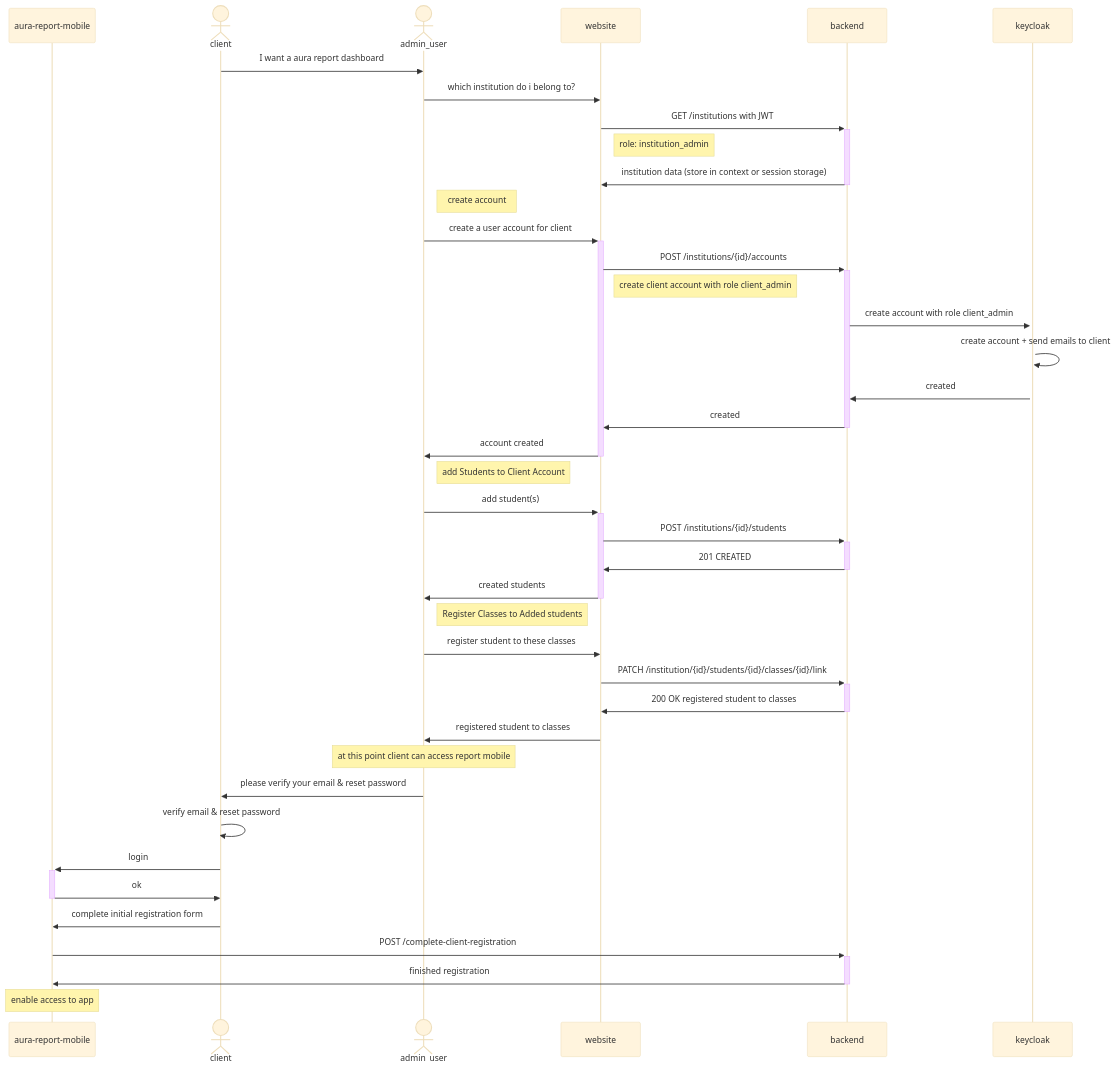
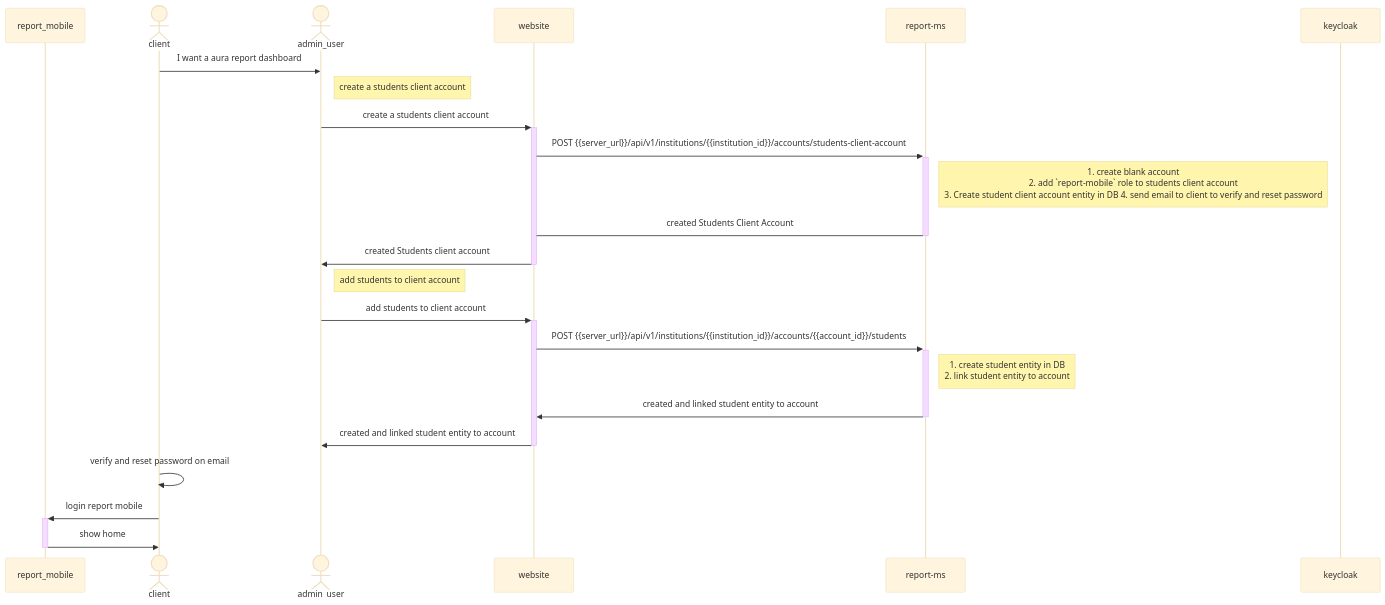
The fifth of 6 diagrams in aura-report-website/diagrams/new-institution-admin-user-flow.md (AuraAITools/aura-report-website), drawn with Mermaid (base theme) before and after one commit. The commit also changed other lines of this file and 90 other files, not shown here.

````diff
--- a/aura-report-website/diagrams/new-institution-admin-user-flow.md
+++ b/aura-report-website/diagrams/new-institution-admin-user-flow.md
@@ -105,52 +125,31 @@
 ```mermaid
 sequenceDiagram
-    participant aura-report-mobile
+    participant report_mobile
     actor client
     actor admin_user
     participant website
-    participant backend
+    participant report-ms
     participant keycloak
 
 
     client  ->> admin_user: I want a aura report dashboard
-    admin_user ->> website: which institution do i belong to?
-    website ->> +backend: GET /institutions with JWT
-    note right of website: role: institution_admin
-    backend ->> -website: institution data (store in context or session storage)
+    %% Create Students Client Account
+    note right of admin_user: create a students client account
+    admin_user ->> +website: create a students client account
+    website ->> +report-ms: POST {{server_url}}/api/v1/institutions/{{institution_id}}/accounts/students-client-account
+    note right of report-ms: 1. create blank account <br> 2. add `report-mobile` role to students client account <br> 3. Create student client account entity in DB 4. send email to client to verify and reset password
+    report-ms -> -website: created Students Client Account
+    website ->> -admin_user: created Students client account
 
-    %% Create Client Account
-    note right of admin_user: create account
-    admin_user ->> +website: create a user account for client
-    website ->> +backend: POST /institutions/{id}/accounts
-    note right of website: create client account with role client_admin
-    backend ->> +keycloak: create account with role client_admin
-    keycloak ->> keycloak: create account + send emails to client
-    keycloak ->> backend: created
-    backend ->> -website: created
-    website ->> -admin_user: account created
+    %% Create and add Students into Students Client Account
+    note right of admin_user: add students to client account
+    admin_user ->> +website: add students to client account
+    website ->> +report-ms: POST {{server_url}}/api/v1/institutions/{{institution_id}}/accounts/{{account_id}}/students
+    note right of report-ms: 1. create student entity in DB <br> 2. link student entity to account
+    report-ms ->> -website: created and linked student entity to account
+    website ->> -admin_user: created and linked student entity to account
+    client ->> client: verify and reset password on email
+    client ->> +report_mobile: login report mobile
+    report_mobile ->> -client: show home
 
-    %% Add Students to Client Account
-    note right of admin_user: add Students to Client Account
-    admin_user ->> +website: add student(s)
-    website ->> +backend: POST /institutions/{id}/students
-    backend ->> -website: 201 CREATED
-    website ->> -admin_user: created students
-
-    %% Register Classes to Added Students
-    note right of admin_user: Register Classes to Added students
-    admin_user ->> website: register student to these classes
-    website ->> +backend: PATCH /institution/{id}/students/{id}/classes/{id}/link
-    backend ->> -website: 200 OK registered student to classes
-    website ->> admin_user: registered student to classes
-    note over admin_user: at this point client can access report mobile
-    admin_user ->> client: please verify your email & reset password
-    client ->> client: verify email & reset password
-
-    %% TODO: complete flow for aura report mobile
-    client ->> +aura-report-mobile: login
-    aura-report-mobile ->> -client: ok
-    client ->> aura-report-mobile: complete initial registration form
-    aura-report-mobile ->> +backend: POST /complete-client-registration
-    backend ->> -aura-report-mobile: finished registration
-    note over aura-report-mobile: enable access to app
 ```
````
